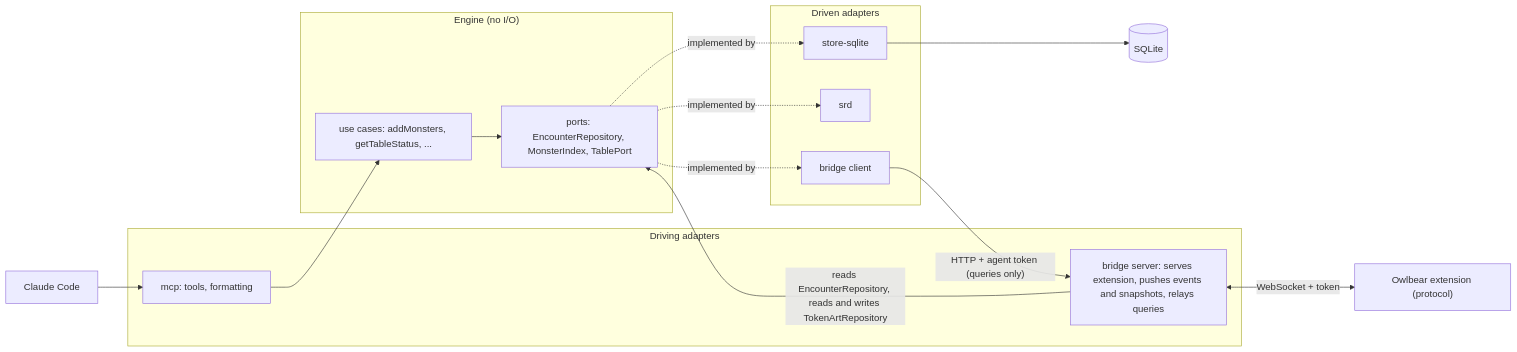
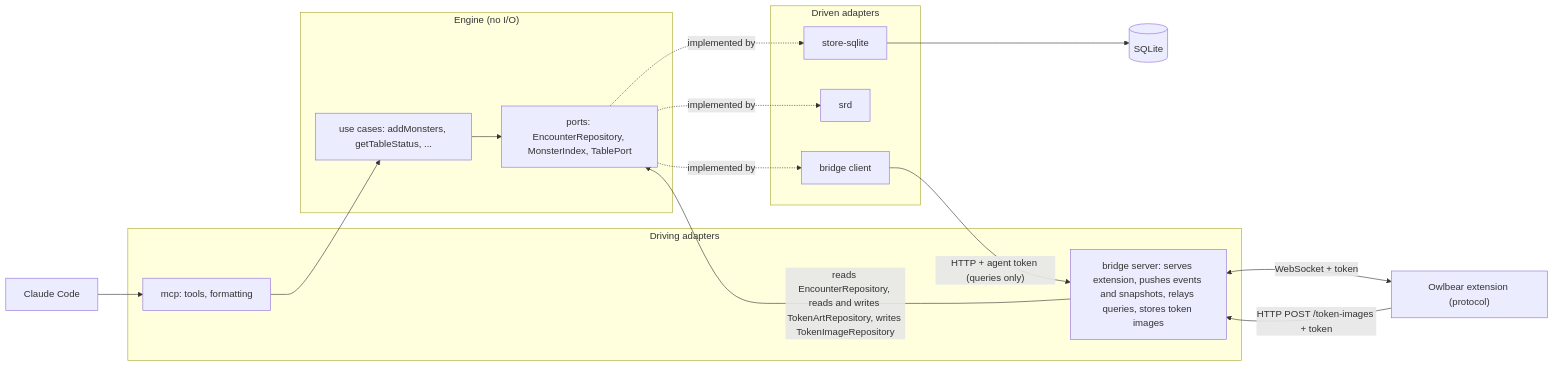
Before and after one commit to askrzypczak/ttrpg-agents: the first of 2 diagrams in docs/architecture.md, drawn with Mermaid. The commit also changed other lines of this file and 2 other files, not shown here.

First line of the commit message:
docs: token image upload route and the upload after a pick (#219)

````diff
--- a/docs/architecture.md
+++ b/docs/architecture.md
@@ -7,26 +7,27 @@
 ```mermaid
 flowchart LR
   claude["Claude Code"] --> mcp
   subgraph driving["Driving adapters"]
     mcp["mcp: tools, formatting"]
-    bsrv["bridge server: serves extension, pushes events and snapshots, relays queries"]
+    bsrv["bridge server: serves extension, pushes events and snapshots, relays queries, stores token images"]
   end
   subgraph core["Engine (no I/O)"]
     uc["use cases: addMonsters, getTableStatus, ..."]
     ports["ports: EncounterRepository, MonsterIndex, TablePort"]
   end
   subgraph driven["Driven adapters"]
     store["store-sqlite"]
     srd["srd"]
     bclient["bridge client"]
   end
   mcp --> uc
-  bsrv -->|"reads EncounterRepository, reads and writes TokenArtRepository"| ports
+  bsrv -->|"reads EncounterRepository, reads and writes TokenArtRepository, writes TokenImageRepository"| ports
   uc --> ports
   ports -.implemented by.-> store
   ports -.implemented by.-> srd
   ports -.implemented by.-> bclient
   store --> db[("SQLite")]
   bclient -->|"HTTP + agent token (queries only)"| bsrv
   bsrv <-->|"WebSocket + token"| ext["Owlbear extension (protocol)"]
+  ext -->|"HTTP POST /token-images + token"| bsrv
 ```
````
